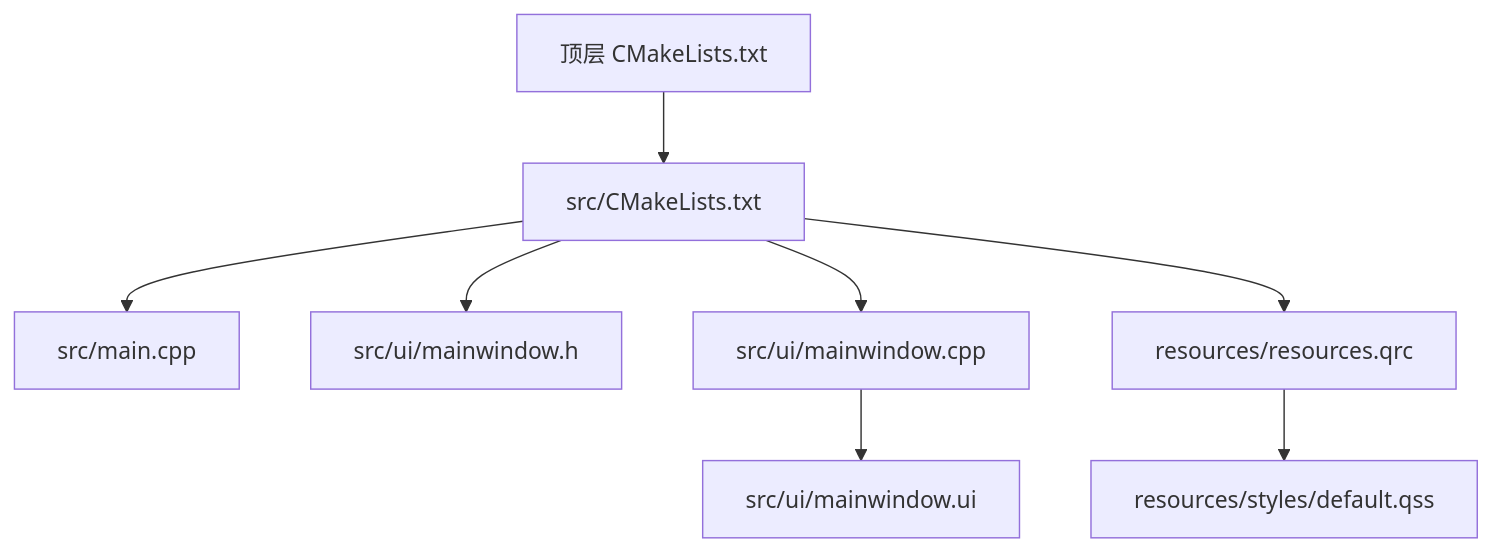
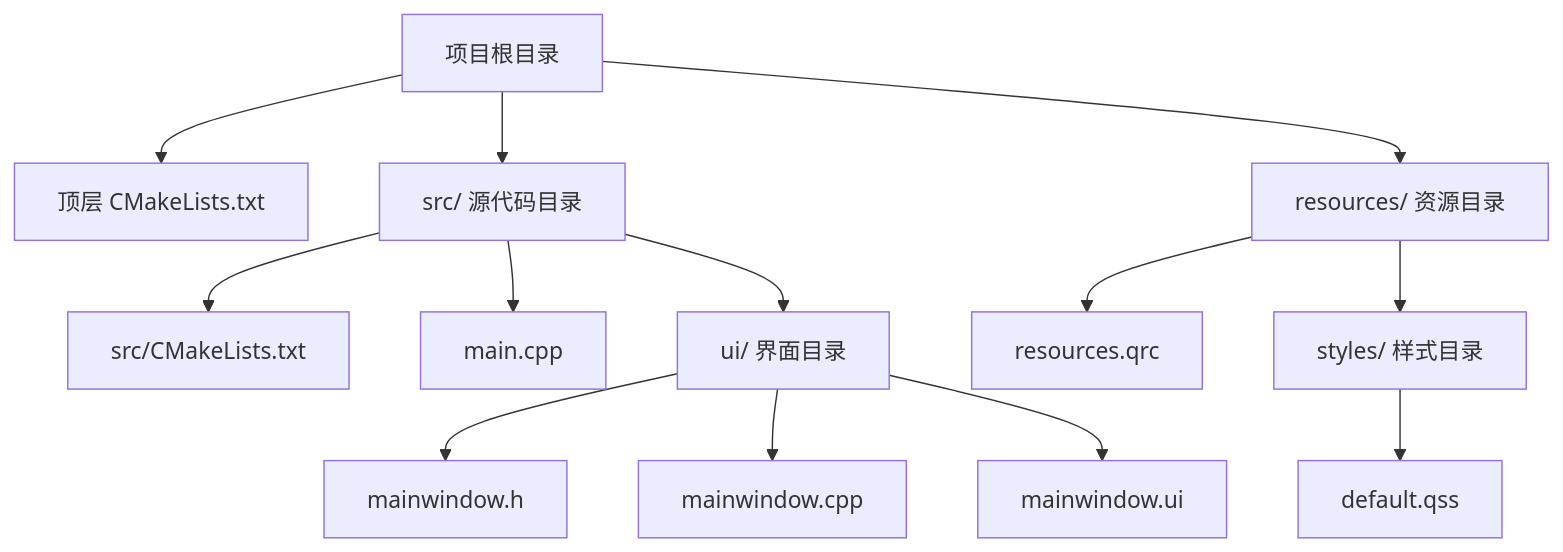
One commit to jakecai1225-design/OpenBus changed the diagram in .qoder/repowiki/zh/content/快速开始.md. Above: the diagram before and after it, drawn with Mermaid. The commit also changed other lines of this file and 29 other files, not shown here.

````diff
--- a/.qoder/repowiki/zh/content/快速开始.md
+++ b/.qoder/repowiki/zh/content/快速开始.md
@@ -185,10 +55,15 @@
 ```mermaid
 graph TB
-Top["顶层 CMakeLists.txt"] --> Src["src/CMakeLists.txt"]
-Src --> Main["src/main.cpp"]
-Src --> UIH["src/ui/mainwindow.h"]
-Src --> UICPP["src/ui/mainwindow.cpp"]
-UICPP --> UIU["src/ui/mainwindow.ui"]
-Src --> RQRC["resources/resources.qrc"]
-RQRC --> QSS["resources/styles/default.qss"]
+Root["项目根目录"] --> CMakeRoot["顶层 CMakeLists.txt"]
+Root --> SrcDir["src/ 源代码目录"]
+Root --> Resources["resources/ 资源目录"]
+SrcDir --> SrcCMake["src/CMakeLists.txt"]
+SrcDir --> MainCpp["main.cpp"]
+SrcDir --> UIDir["ui/ 界面目录"]
+UIDir --> MainWindowH["mainwindow.h"]
+UIDir --> MainWindowCPP["mainwindow.cpp"]
+UIDir --> MainWindowUI["mainwindow.ui"]
+Resources --> QRC["resources.qrc"]
+Resources --> Styles["styles/ 样式目录"]
+Styles --> DefaultQSS["default.qss"]
 ```
````
